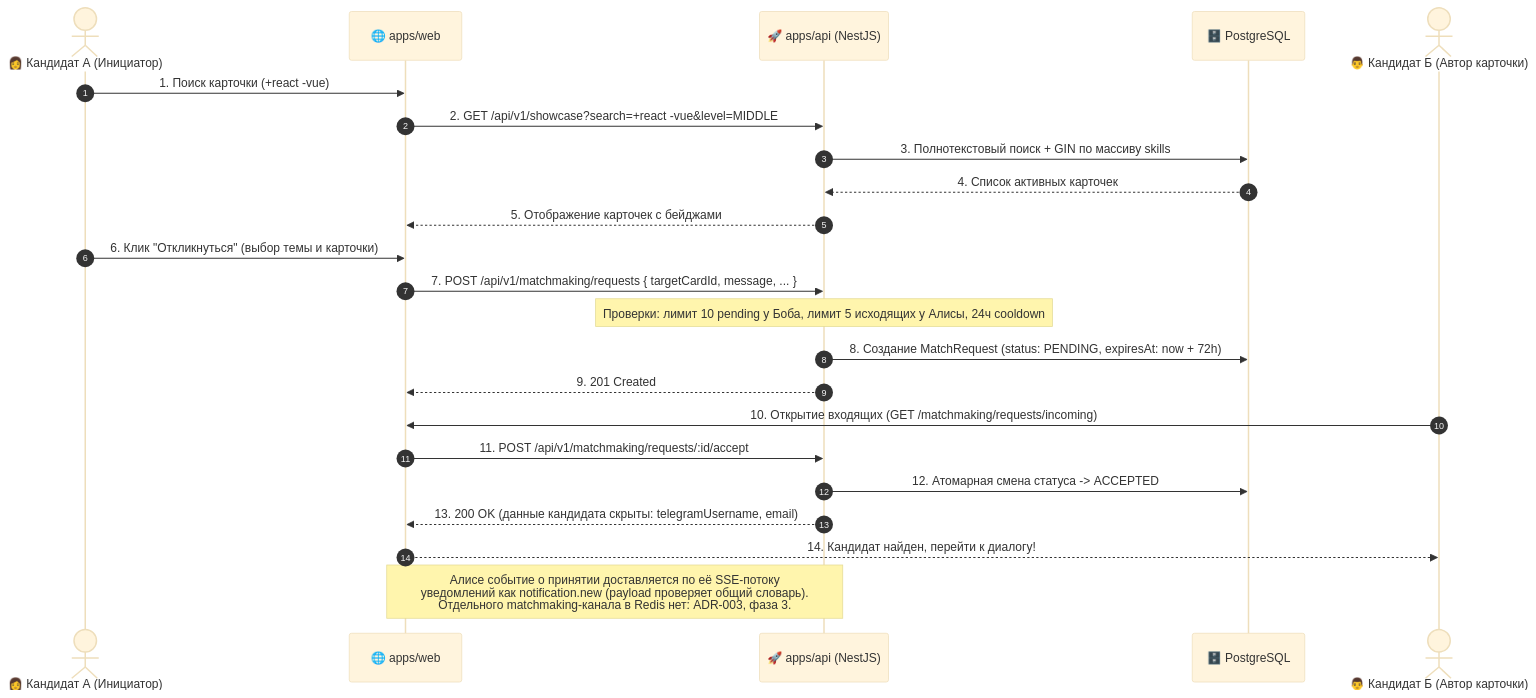
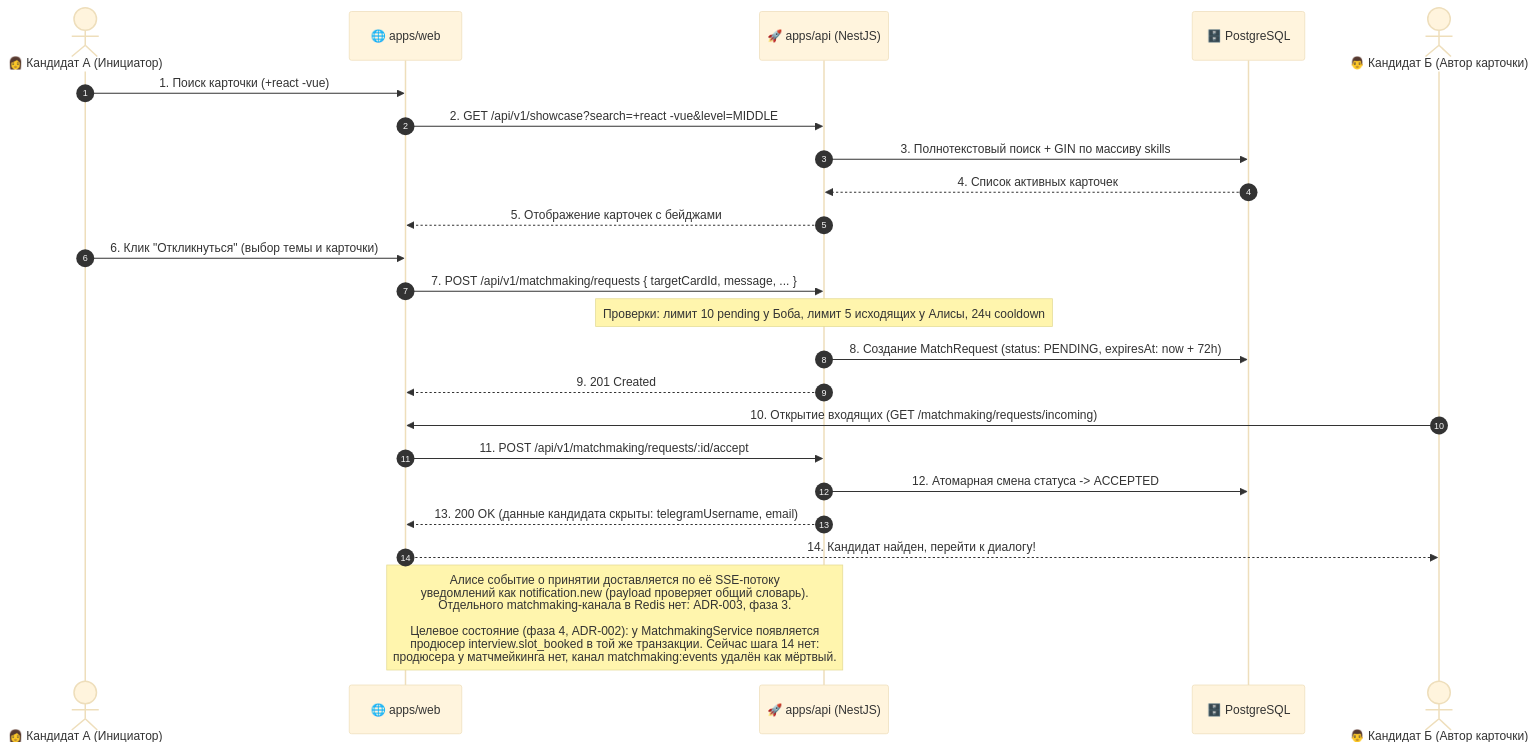
Before and after one commit to Riko4502/MockInterviewAI: the diagram in docs/tasks/showcase-matchmaking.md, drawn with Mermaid (base theme). The commit also changed other lines of this file and 78 other files, not shown here.

Commit message:
feat(adr-002): availability slots, IANA timezones, atomic booking, InterviewSession, outbox

````diff
--- a/docs/tasks/showcase-matchmaking.md
+++ b/docs/tasks/showcase-matchmaking.md
@@ -9,31 +9,31 @@
 ```mermaid
 sequenceDiagram
     autonumber
     actor Alice as 👩 Кандидат А (Инициатор)
     participant Web as 🌐 apps/web
     participant API as 🚀 apps/api (NestJS)
     participant DB as 🗄️ PostgreSQL
     actor Bob as 👨 Кандидат Б (Автор карточки)
 
     Alice->>Web: 1. Поиск карточки (+react -vue)
     Web->>API: 2. GET /api/v1/showcase?search=+react -vue&level=MIDDLE
     API->>DB: 3. Полнотекстовый поиск + GIN по массиву skills
     DB-->>API: 4. Список активных карточек
     API-->>Web: 5. Отображение карточек с бейджами
 
     Alice->>Web: 6. Клик "Откликнуться" (выбор темы и карточки)
     Web->>API: 7. POST /api/v1/matchmaking/requests { targetCardId, message, ... }
     
     Note over API: Проверки: лимит 10 pending у Боба, лимит 5 исходящих у Алисы, 24ч cooldown
     API->>DB: 8. Создание MatchRequest (status: PENDING, expiresAt: now + 72h)
     API-->>Web: 9. 201 Created
 
     Bob->>Web: 10. Открытие входящих (GET /matchmaking/requests/incoming)
     Web->>API: 11. POST /api/v1/matchmaking/requests/:id/accept
     
     API->>DB: 12. Атомарная смена статуса -> ACCEPTED
     API-->>Web: 13. 200 OK (данные кандидата скрыты: telegramUsername, email)
     Web-->>Bob: 14. Кандидат найден, перейти к диалогу!
 
-    Note over Web,API: Алисе событие о принятии доставляется по её SSE-потоку<br/>уведомлений как notification.new (payload проверяет общий словарь).<br/>Отдельного matchmaking-канала в Redis нет: ADR-003, фаза 3.
+    Note over Web,API: Алисе событие о принятии доставляется по её SSE-потоку<br/>уведомлений как notification.new (payload проверяет общий словарь).<br/>Отдельного matchmaking-канала в Redis нет: ADR-003, фаза 3.<br/><br/>Целевое состояние (фаза 4, ADR-002): у MatchmakingService появляется<br/>продюсер interview.slot_booked в той же транзакции. Сейчас шага 14 нет:<br/>продюсера у матчмейкинга нет, канал matchmaking:events удалён как мёртвый.
 ```
````
